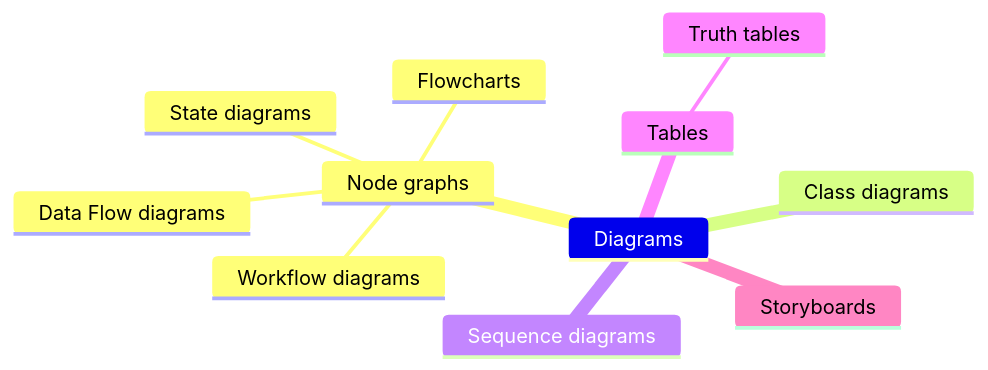
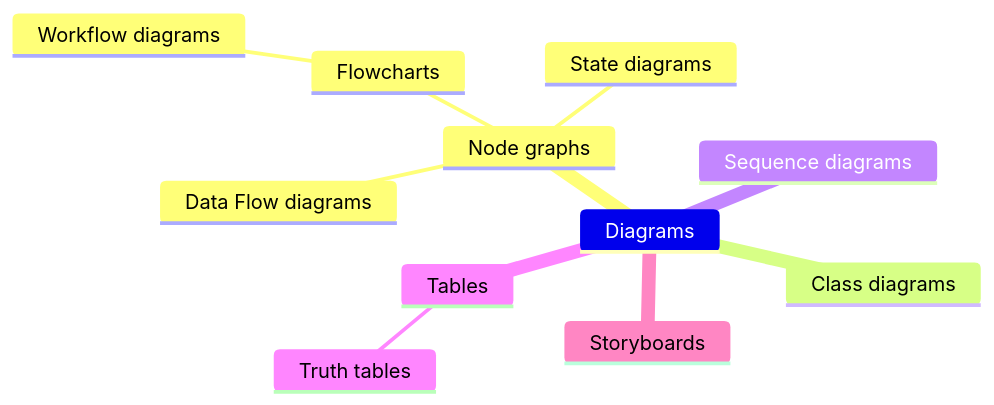
One commit to dijital20/pytexas-meetup25-diagrams-and-you changed the third of 3 diagrams in docs/01_graphs.md. Above: the diagram before and after it, drawn with Mermaid. The commit also changed 2 other files, not shown here.

Commit message:
More items.

````diff
--- a/docs/01_graphs.md
+++ b/docs/01_graphs.md
@@ -47,14 +47,14 @@
     ```mermaid
     mindmap
         Diagrams
             Node graphs
                 State diagrams
                 Flowcharts
-                Workflow diagrams
+                    Workflow diagrams
                 Data Flow diagrams
             Class diagrams
             Sequence diagrams
             Tables
                 Truth tables
             Storyboards
     ```
````
